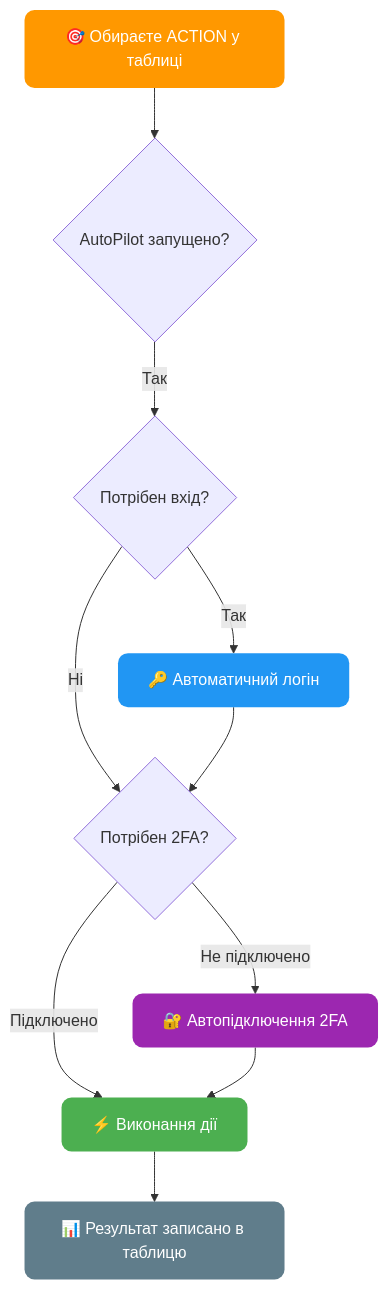
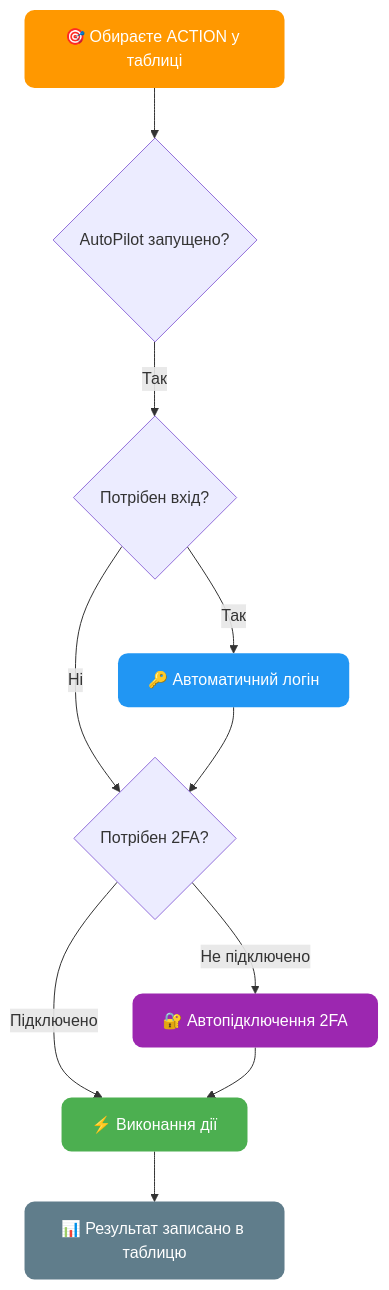
Before and after one commit to AutoPilotSoftware/docs: the third of 12 diagrams in src/content/docs/ua/exchanges/bybit-autopilot.md, drawn with Mermaid. The commit also changed other lines of this file and 2 other files, not shown here.

````diff
--- a/src/content/docs/ua/exchanges/bybit-autopilot.md
+++ b/src/content/docs/ua/exchanges/bybit-autopilot.md
@@ -148,18 +148,18 @@
 ```mermaid
 flowchart TD
-    START["🎯 Обираєте ACTION у таблицi"] --> AUTO{"AutoPilot запущено?"}
-    AUTO -->|Так| LOGIN{"Потрiбен вхiд?"}
-    LOGIN -->|Так| DO_LOGIN["🔑 Автоматичний логiн"]
-    LOGIN -->|Нi| TFA{"Потрiбен 2FA?"}
+    START["🎯 Обираєте ACTION у таблиці"] --> AUTO{"AutoPilot запущено?"}
+    AUTO -->|Так| LOGIN{"Потрібен вхід?"}
+    LOGIN -->|Так| DO_LOGIN["🔑 Автоматичний логін"]
+    LOGIN -->|Ні| TFA{"Потрібен 2FA?"}
     DO_LOGIN --> TFA
-    TFA -->|Не пiдключено| DO_2FA["🔐 Автопiдключення 2FA"]
-    TFA -->|Пiдключено| ACTION["⚡ Виконання дiї"]
+    TFA -->|Не підключено| DO_2FA["🔐 Автопідключення 2FA"]
+    TFA -->|Підключено| ACTION["⚡ Виконання дії"]
     DO_2FA --> ACTION
     ACTION --> RESULT["📊 Результат записано в таблицю"]
 
     style START fill:#FF9800,color:#fff,stroke:none,rx:10
     style DO_LOGIN fill:#2196F3,color:#fff,stroke:none,rx:10
     style DO_2FA fill:#9C27B0,color:#fff,stroke:none,rx:10
     style ACTION fill:#4CAF50,color:#fff,stroke:none,rx:10
     style RESULT fill:#607D8B,color:#fff,stroke:none,rx:10
 ```
````
